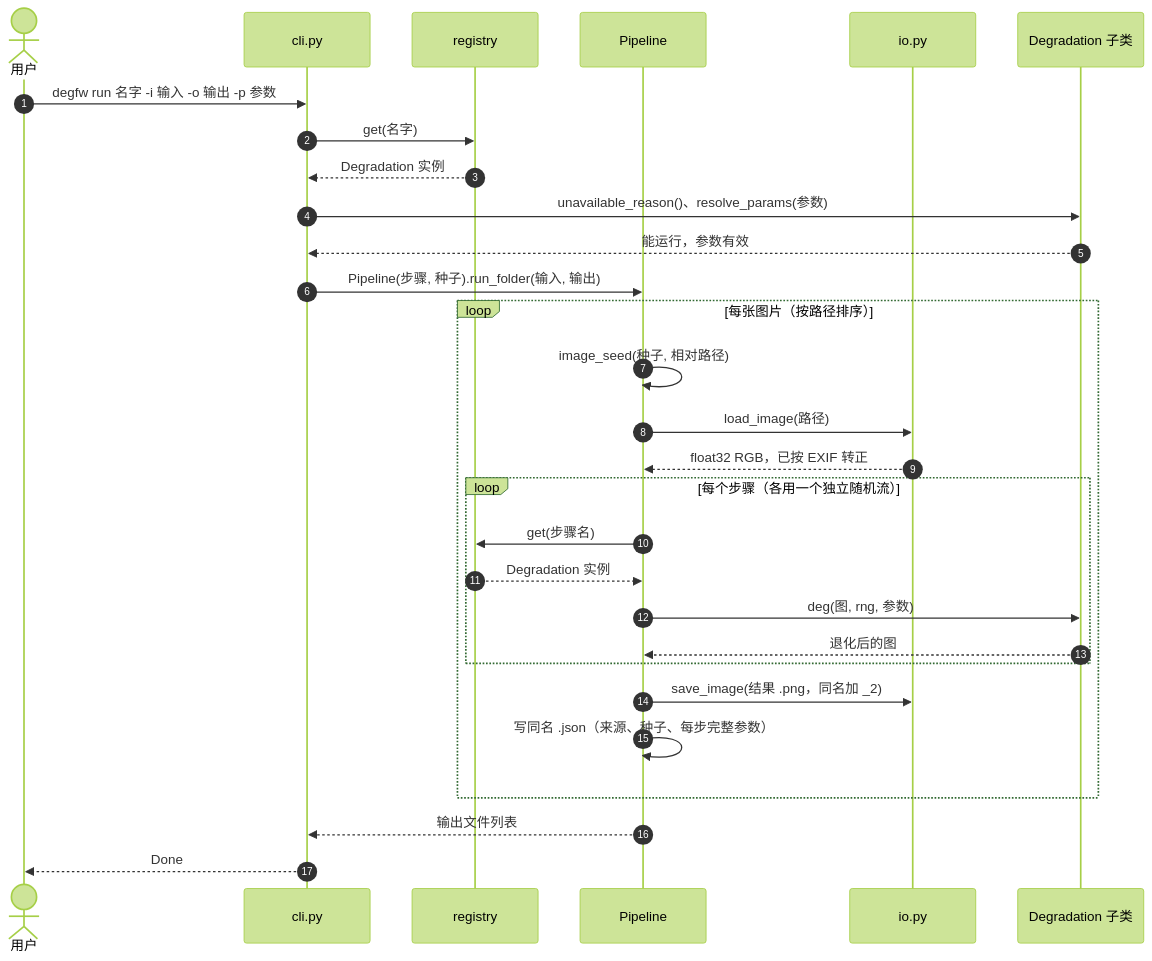
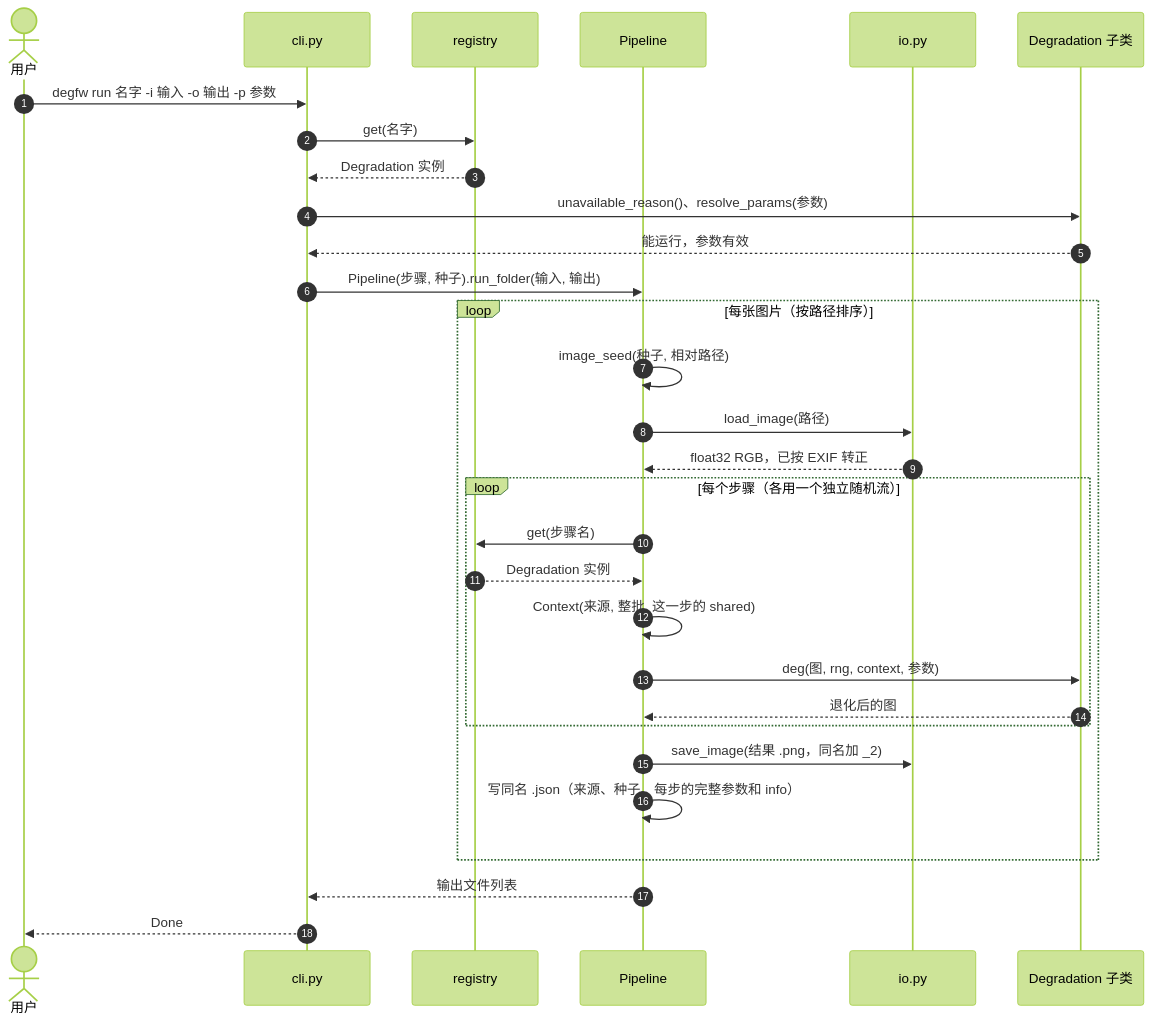
The third of 4 diagrams in doc/architecture.md (Tommy6015/degradation-framework), drawn with Mermaid (forest theme) before and after one commit. The commit also changed other lines of this file and 38 other files, not shown here.

````diff
--- a/doc/architecture.md
+++ b/doc/architecture.md
@@ -206,32 +227,33 @@
 ```mermaid
 sequenceDiagram
     autonumber
     actor U as 用户
     participant CLI as cli.py
     participant R as registry
     participant P as Pipeline
     participant IO as io.py
     participant D as Degradation 子类
 
     U->>CLI: degfw run 名字 -i 输入 -o 输出 -p 参数
     CLI->>R: get(名字)
     R-->>CLI: Degradation 实例
     CLI->>D: unavailable_reason()、resolve_params(参数)
     D-->>CLI: 能运行，参数有效
     CLI->>P: Pipeline(步骤, 种子).run_folder(输入, 输出)
     loop 每张图片（按路径排序）
         P->>P: image_seed(种子, 相对路径)
         P->>IO: load_image(路径)
         IO-->>P: float32 RGB，已按 EXIF 转正
         loop 每个步骤（各用一个独立随机流）
             P->>R: get(步骤名)
             R-->>P: Degradation 实例
-            P->>D: deg(图, rng, 参数)
+            P->>P: Context(来源, 整批, 这一步的 shared)
+            P->>D: deg(图, rng, context, 参数)
             D-->>P: 退化后的图
         end
         P->>IO: save_image(结果 .png，同名加 _2)
-        P->>P: 写同名 .json（来源、种子、每步完整参数）
+        P->>P: 写同名 .json（来源、种子、每步的完整参数和 info）
     end
     P-->>CLI: 输出文件列表
     CLI-->>U: Done
 ```
````
